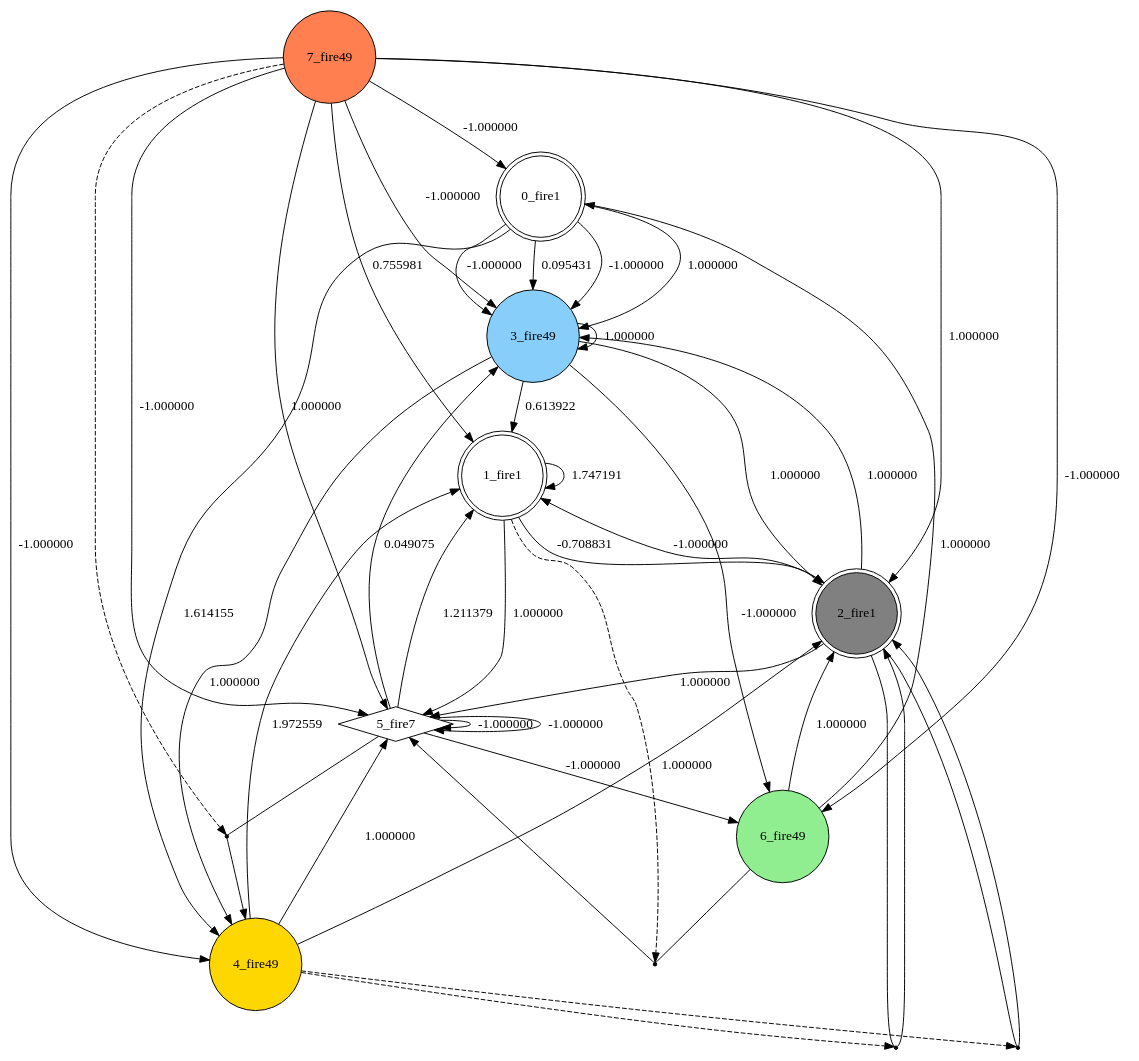
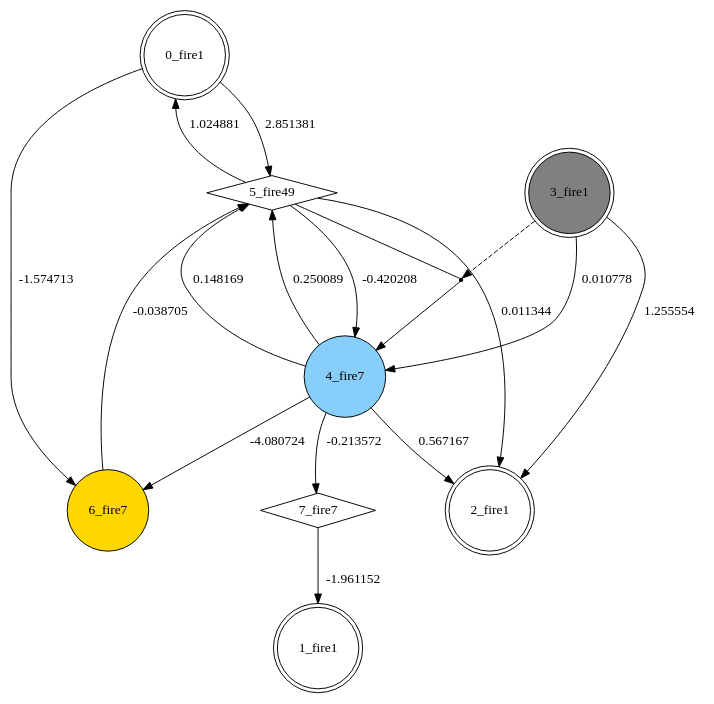
Before and after one commit to tim-ufer/SUNA-NOC: the diagram in best_individual.dot, drawn with Graphviz. The commit also changed 8 other files, not shown here.

```diff
--- a/best_individual.dot
+++ b/best_individual.dot
@@ -1,61 +1,29 @@
 digraph G {
  node[shape = circle]
 0 [label="0_fire1",shape=doublecircle]
 1 [label="1_fire1",shape=doublecircle]
-2 [label="2_fire1",shape=doublecircle, style=filled, fillcolor=gray]
-3 [label="3_fire49",style=filled, fillcolor=lightskyblue]
-4 [label="4_fire49",style=filled, fillcolor=gold]
-5 [label="5_fire7",shape=diamond]
-6 [label="6_fire49",style=filled, fillcolor=lightgreen]
-7 [label="7_fire49",style=filled, fillcolor=coral]
+2 [label="2_fire1",shape=doublecircle]
+3 [label="3_fire1",shape=doublecircle, style=filled, fillcolor=gray]
+4 [label="4_fire7",style=filled, fillcolor=lightskyblue]
+5 [label="5_fire49",shape=diamond]
+6 [label="6_fire7",style=filled, fillcolor=gold]
+7 [label="7_fire7",shape=diamond]
+4 -> 5 [label="0.148169"]
+4 -> 2 [label="0.567167"]
+3 -> 4 [label="0.010778"]
+4 -> 5 [label="0.250089"]
+6 -> 5 [label="-0.038705"]
+5 -> 4 [label="-0.420208"]
+0 -> 5 [label="2.851381"]
+4 -> 6 [label="-4.080724"]
+0 -> 6 [label="-1.574713"]
+4 -> 7 [label="-0.213572"]
+7 -> 1 [label="-1.961152"]
+5 -> 2 [label="0.011344"]
 8 [shape=point, label=""]
-4 -> 8 [style=dashed] 
-2 -> 8 [dir=none]
-8 -> 2 
-1 -> 1 [label="1.747191"]
-2 -> 5 [label="1.000000"]
-1 -> 2 [label="-0.708831"]
-3 -> 2 [label="1.000000"]
-5 -> 6 [label="-1.000000"]
-0 -> 3 [label="0.095431"]
-7 -> 4 [label="-1.000000"]
-4 -> 1 [label="1.972559"]
-6 -> 0 [label="1.000000"]
-5 -> 1 [label="1.211379"]
-4 -> 5 [label="1.000000"]
-5 -> 3 [label="0.049075"]
-9 [shape=point, label=""]
-4 -> 9 [style=dashed] 
-2 -> 9 [dir=none]
-9 -> 2 
-7 -> 1 [label="0.755981"]
-10 [shape=point, label=""]
-1 -> 10 [style=dashed] 
-6 -> 10 [dir=none]
-10 -> 5 
-3 -> 1 [label="0.613922"]
-0 -> 4 [label="1.614155"]
-3 -> 3 [label="1.000000"]
-7 -> 3 [label="-1.000000"]
-5 -> 5 [label="-1.000000"]
-1 -> 5 [label="1.000000"]
-7 -> 5 [label="-1.000000"]
-2 -> 3 [label="1.000000"]
-4 -> 2 [label="1.000000"]
-0 -> 3 [label="-1.000000"]
-3 -> 4 [label="1.000000"]
-2 -> 1 [label="-1.000000"]
-11 [shape=point, label=""]
-7 -> 11 [style=dashed] 
-5 -> 11 [dir=none]
-11 -> 4 
-0 -> 3 [label="1.000000"]
-6 -> 2 [label="1.000000"]
-0 -> 3 [label="-1.000000"]
-7 -> 2 [label="1.000000"]
-7 -> 5 [label="1.000000"]
-3 -> 6 [label="-1.000000"]
-7 -> 0 [label="-1.000000"]
-5 -> 5 [label="-1.000000"]
-7 -> 6 [label="-1.000000"]
+3 -> 8 [style=dashed] 
+5 -> 8 [dir=none]
+8 -> 4 
+3 -> 2 [label="1.255554"]
+5 -> 0 [label="1.024881"]
 }
```
